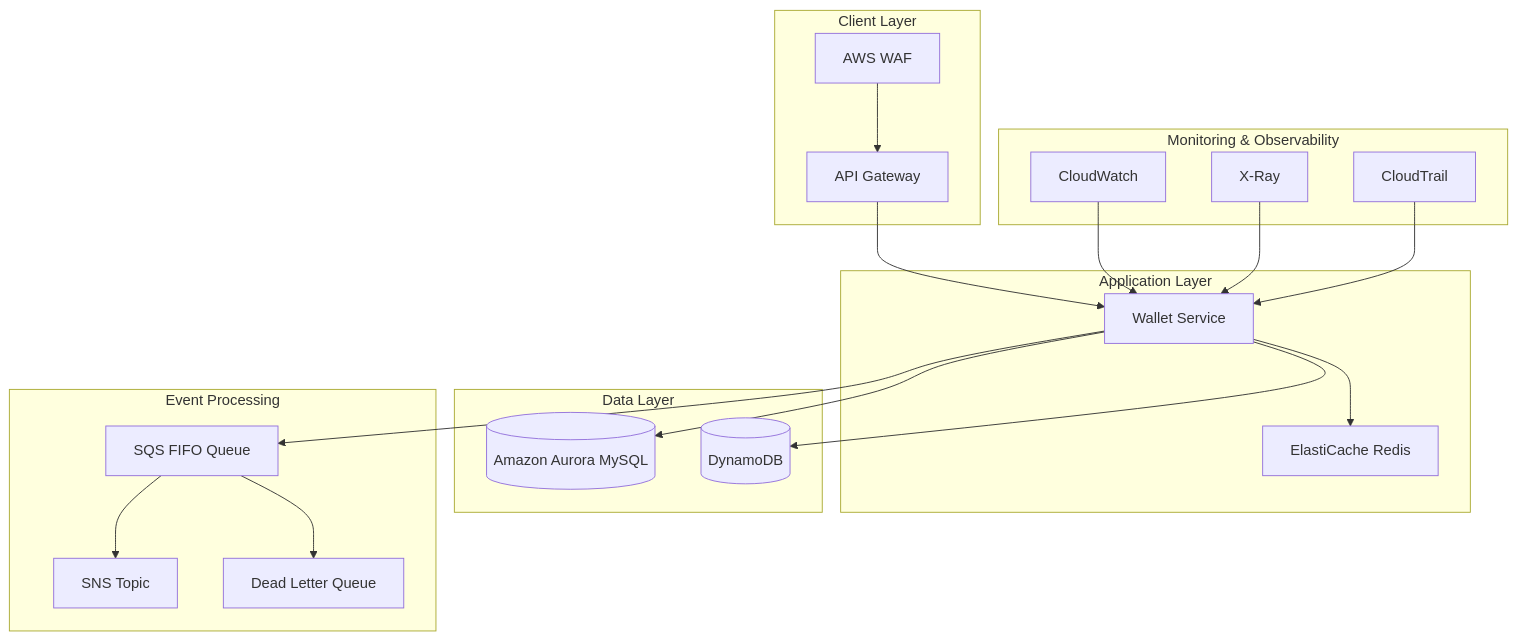
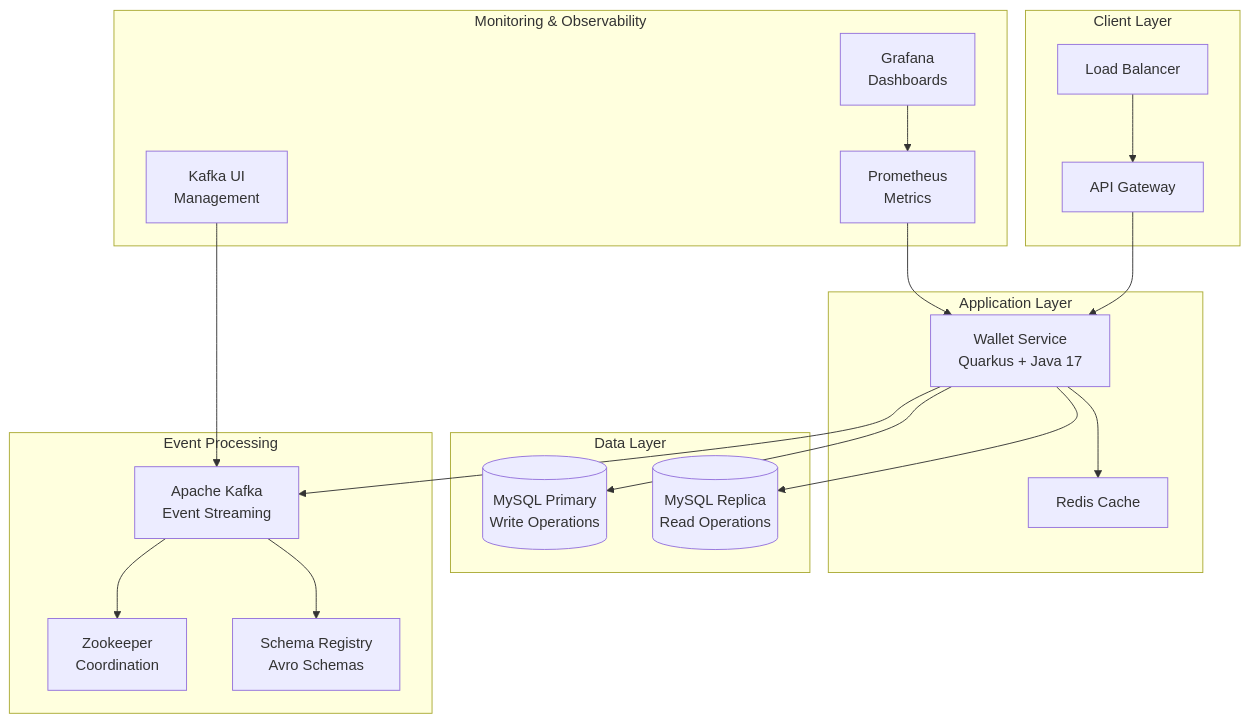
One commit to thiago2santos/wallet-service changed the first of 2 diagrams in docs/architecture.md. Above: the diagram before and after it, drawn with Mermaid. The commit also changed other lines of this file, not shown here.

First line of the commit message:
fix: correct architecture diagrams to reflect actual Kafka implementation

````diff
--- a/docs/architecture.md
+++ b/docs/architecture.md
@@ -20,42 +20,42 @@
 ```mermaid
 graph TB
     subgraph "Client Layer"
-        API[API Gateway]
-        WAF[AWS WAF]
+        API[Load Balancer]
+        GATEWAY[API Gateway]
     end
 
     subgraph "Application Layer"
-        SVC[Wallet Service]
-        CACHE[ElastiCache Redis]
+        SVC[Wallet Service<br/>Quarkus + Java 17]
+        CACHE[Redis Cache]
     end
 
     subgraph "Data Layer"
-        DB[(Amazon Aurora MySQL)]
-        DDB[(DynamoDB)]
+        DB_PRIMARY[(MySQL Primary<br/>Write Operations)]
+        DB_REPLICA[(MySQL Replica<br/>Read Operations)]
     end
 
     subgraph "Event Processing"
-        SQS[SQS FIFO Queue]
-        SNS[SNS Topic]
-        DLQ[Dead Letter Queue]
+        KAFKA[Apache Kafka<br/>Event Streaming]
+        ZOOKEEPER[Zookeeper<br/>Coordination]
+        SCHEMA[Schema Registry<br/>Avro Schemas]
     end
 
     subgraph "Monitoring & Observability"
-        CW[CloudWatch]
-        XRay[X-Ray]
-        CT[CloudTrail]
+        PROMETHEUS[Prometheus<br/>Metrics]
+        GRAFANA[Grafana<br/>Dashboards]
+        KAFKA_UI[Kafka UI<br/>Management]
     end
 
-    WAF --> API
-    API --> SVC
+    API --> GATEWAY
+    GATEWAY --> SVC
     SVC --> CACHE
-    SVC --> DB
-    SVC --> DDB
-    SVC --> SQS
-    SQS --> DLQ
-    SQS --> SNS
+    SVC --> DB_PRIMARY
+    SVC --> DB_REPLICA
+    SVC --> KAFKA
+    KAFKA --> ZOOKEEPER
+    KAFKA --> SCHEMA
     
-    CW --> SVC
-    XRay --> SVC
-    CT --> SVC
+    PROMETHEUS --> SVC
+    GRAFANA --> PROMETHEUS
+    KAFKA_UI --> KAFKA
 ```
````
